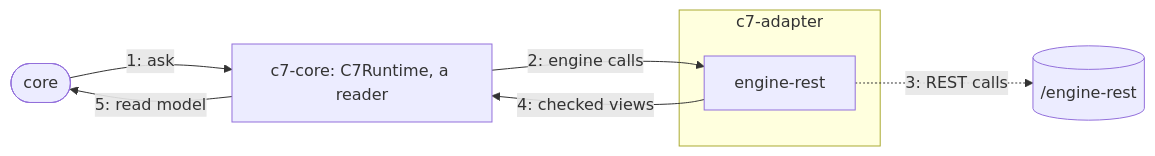
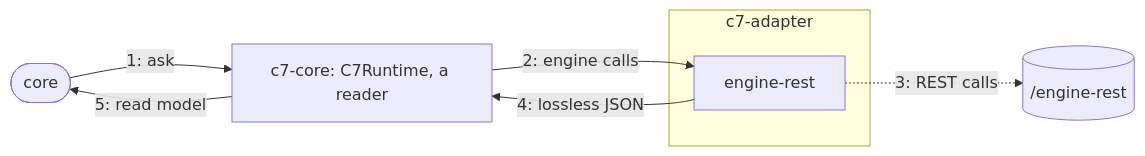
One commit to Miragon/pulse changed the diagram in packages/connectors/c7/c7-adapter/src/README.md. Above: the diagram before and after it, drawn with Mermaid. The commit also changed other lines of this file and 30 other files, not shown here.

````diff
--- a/packages/connectors/c7/c7-adapter/src/README.md
+++ b/packages/connectors/c7/c7-adapter/src/README.md
@@ -21,13 +21,13 @@
 ```mermaid
 flowchart LR
   core(["core"])
   reader["c7-core: C7Runtime, a reader"]
   subgraph adapter ["c7-adapter"]
     rest["engine-rest"]
   end
   core -- "1: ask" --> reader
   reader -- "2: engine calls" --> rest
   rest -. "3: REST calls" .-> engine[("/engine-rest")]
-  rest -- "4: checked views" --> reader
+  rest -- "4: lossless JSON" --> reader
   reader -- "5: read model" --> core
 ```
````
